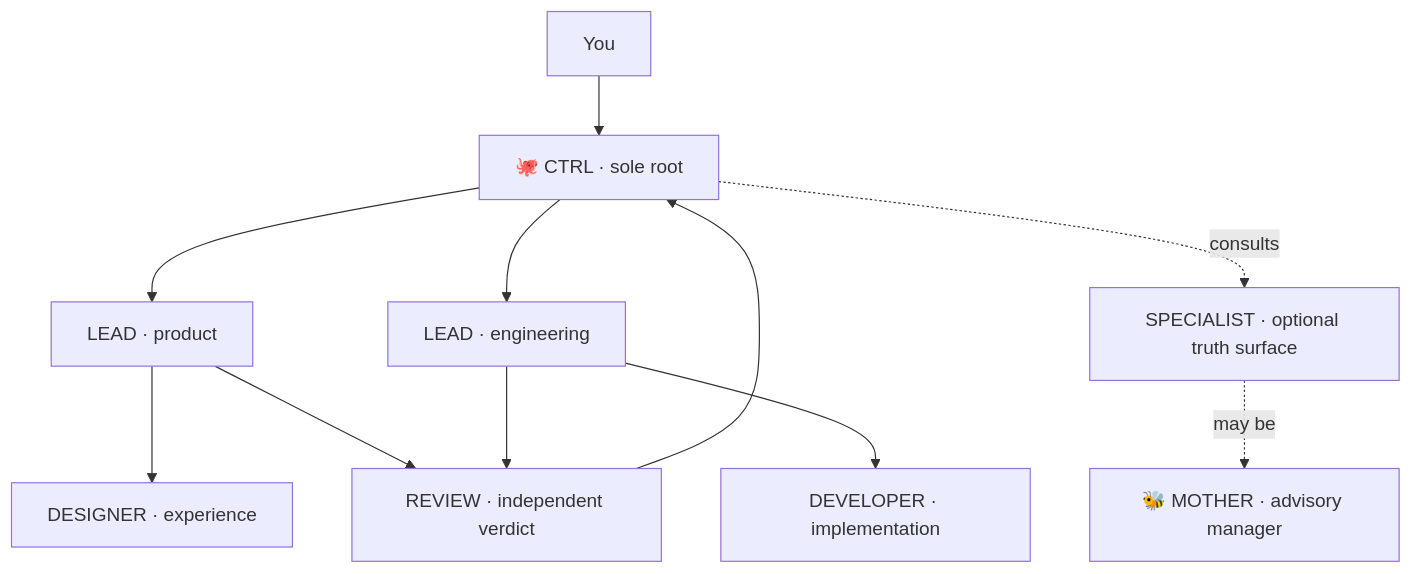
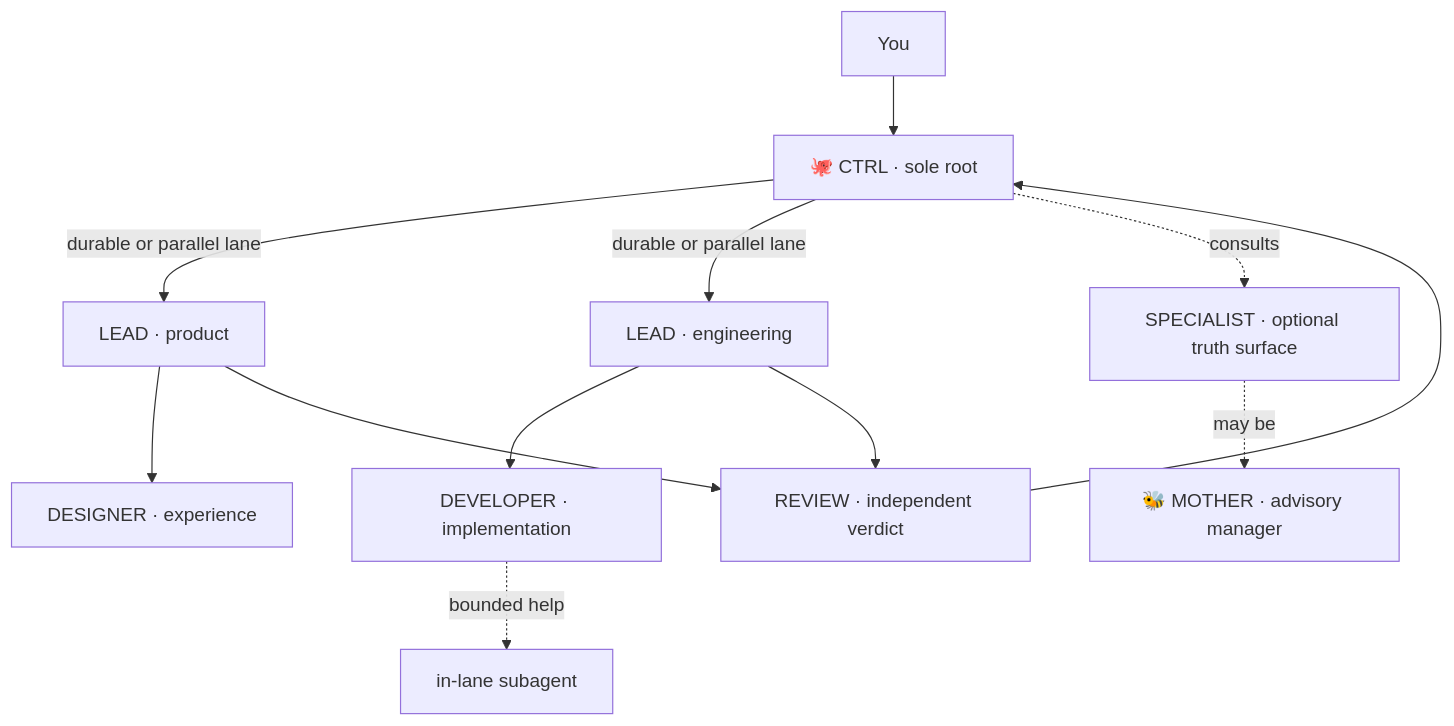
One commit to flowwweb/swarm changed the first of 6 diagrams in plugins/swarm/README.md. Above: the diagram before and after it, drawn with Mermaid. The commit also changed other lines of this file and 1 other file, not shown here.

Commit message:
docs: clarify swarm routing graph

````diff
--- a/plugins/swarm/README.md
+++ b/plugins/swarm/README.md
@@ -25,11 +25,12 @@
 ```mermaid
 flowchart TD
   U["You"] --> C["🐙 CTRL · sole root"]
-  C --> L1["LEAD · product"] --> D1["DESIGNER · experience"]
-  C --> L2["LEAD · engineering"] --> D2["DEVELOPER · implementation"]
+  C -->|"durable or parallel lane"| L1["LEAD · product"] --> D1["DESIGNER · experience"]
+  C -->|"durable or parallel lane"| L2["LEAD · engineering"] --> D2["DEVELOPER · implementation"]
+  D2 -. "bounded help" .-> SA["in-lane subagent"]
   C -. consults .-> S["SPECIALIST · optional truth surface"]
   S -. may be .-> M["🐝 MOTHER · advisory manager"]
   L1 --> R["REVIEW · independent verdict"]
   L2 --> R
   R --> C
 ```
````
